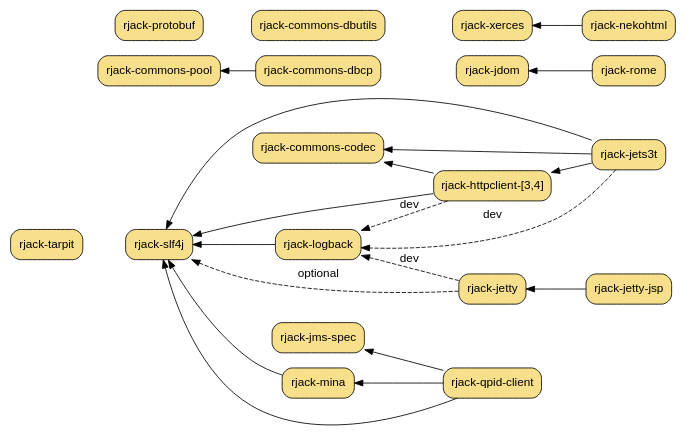
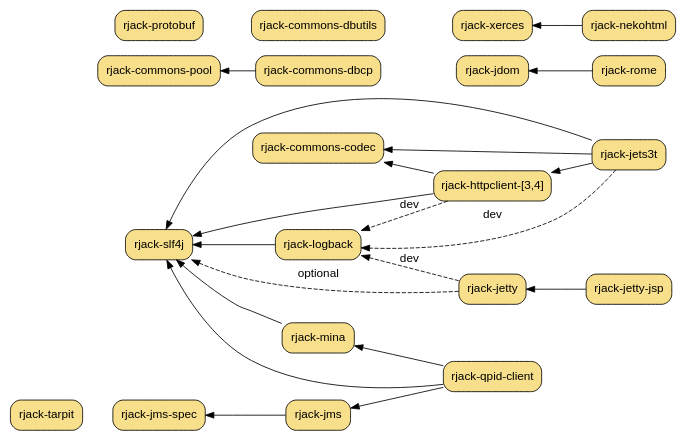
One commit to dekellum/rjack changed the diagram in www/rjack.dot. Above: the diagram before and after it, drawn with Graphviz. The commit also changed 1 other file, not shown here.

Commit message:
Add rjack-jms, adjust deps.

```diff
--- a/www/rjack.dot
+++ b/www/rjack.dot
@@ -1,81 +1,82 @@
 digraph "RJack Gem Dependency Graph" {
   bgcolor="transparent";
   rankdir=RL;
   size="7.0,8.0";
   node [ shape=box, style="filled,rounded", fillcolor="#f8df8b",
          fontname="Arial", margin="0.15,0.1" ];
   edge [ fontname="Arial" ];
 
   "rjack-jets3t" -> "rjack-httpclient";
   "rjack-jets3t" -> "rjack-commons-codec";
   "rjack-jets3t" -> "rjack-slf4j";
   "rjack-jets3t" -> "rjack-logback" [ style=dashed, label="dev" ];
 
   subgraph u {
     rank=same
     "rjack-rome"   [ target=_parent, URL="rome/" ];
     "rjack-jets3t" [ target=_parent, URL="jets3t/" ];
     "rjack-nekohtml" [ target=_parent, URL="nekohtml/" ];
   }
 
   subgraph l {
     rank=same
     "rjack-jdom"     [ target=_parent, URL="jdom/" ];
     "rjack-xerces"   [ target=_parent, URL="xerces/" ];
   }
 
   "rjack-rome" -> "rjack-jdom"
 
   "rjack-nekohtml" -> "rjack-xerces"
 
   "rjack-httpclient" [ target=_parent, URL="httpclient-3/",
                        shape=record, label="rjack-httpclient-[3,4]" ];
 
   "rjack-httpclient" -> "rjack-commons-codec";
   "rjack-httpclient" -> "rjack-logback" [ style=dashed, label="dev" ];
   "rjack-httpclient" -> "rjack-slf4j";
 
   "rjack-jetty"     [ target=_parent, URL="jetty/" ];
   "rjack-jetty-jsp" [ target=_parent, URL="jetty-jsp/" ];
   "rjack-jetty-jsp" -> "rjack-jetty";
 
   "rjack-jetty" -> "rjack-logback" [ style=dashed, label="dev" ];
   "rjack-jetty" -> "rjack-slf4j"   [ style=dashed, label="optional" ];
 
   "rjack-slf4j"   [ target=_parent, URL="slf4j/", group=log ];
   "rjack-logback" [ target=_parent, URL="logback/", group=log ];
 
   "rjack-logback" -> "rjack-slf4j";
 
   "rjack-commons-codec" [ target=_parent, URL="commons-codec/", group=commons ];
 
   "rjack-jms-spec"    [ target=_parent, URL="jms-spec/", group=net ];
+  "rjack-jms"         [ target=_parent, URL="jms/", group=net ];
   "rjack-mina"        [ target=_parent, URL="mina/", group=net ];
   "rjack-qpid-client" [ target=_parent, URL="qpid-client/", group=net ];
 
+  "rjack-jms" -> "rjack-jms-spec";
   "rjack-mina" -> "rjack-slf4j";
-
   "rjack-qpid-client" -> "rjack-mina";
-  "rjack-qpid-client" -> "rjack-jms-spec";
+  "rjack-qpid-client" -> "rjack-jms";
   "rjack-qpid-client" -> "rjack-slf4j";
 
   subgraph d {
     rank=same
     "rjack-commons-dbcp"    [ target=_parent, URL="commons-dbcp/", group=commons ];
     "rjack-commons-dbutils" [ target=_parent, URL="commons-dbutils/", group=commons ];
   }
 
   subgraph e {
     rank=same
     "rjack-commons-pool"    [ target=_parent, URL="commons-pool/", group=commons ];
     "rjack-protobuf"        [ target=_parent, URL="protobuf/" ];
   }
 
   "rjack-commons-dbcp" -> "rjack-commons-pool";
 
   subgraph t {
     rank=sink
     "rjack-tarpit"          [ target=_parent, URL="tarpit/" ];
   }
 
 }
```
